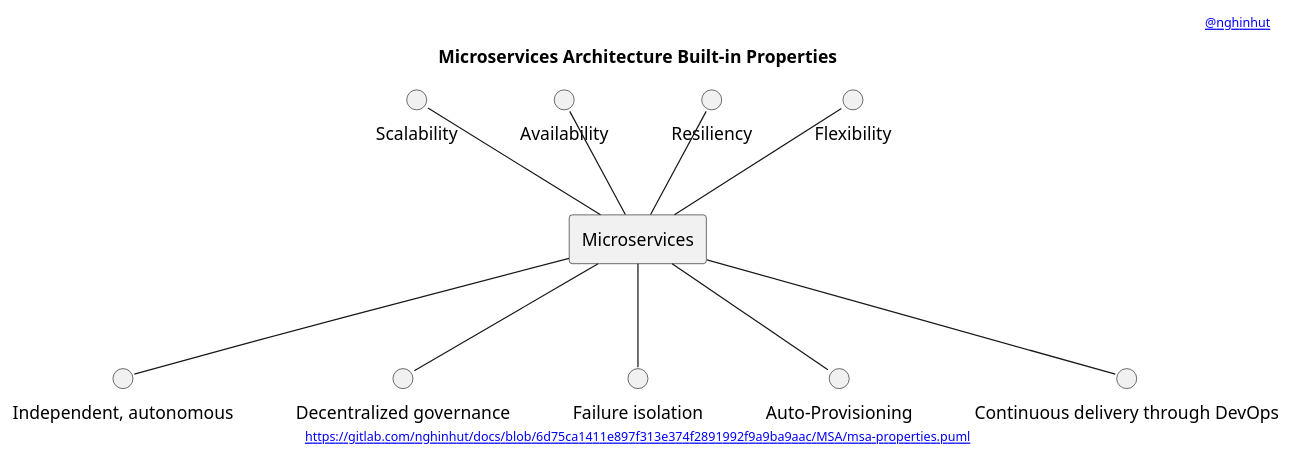
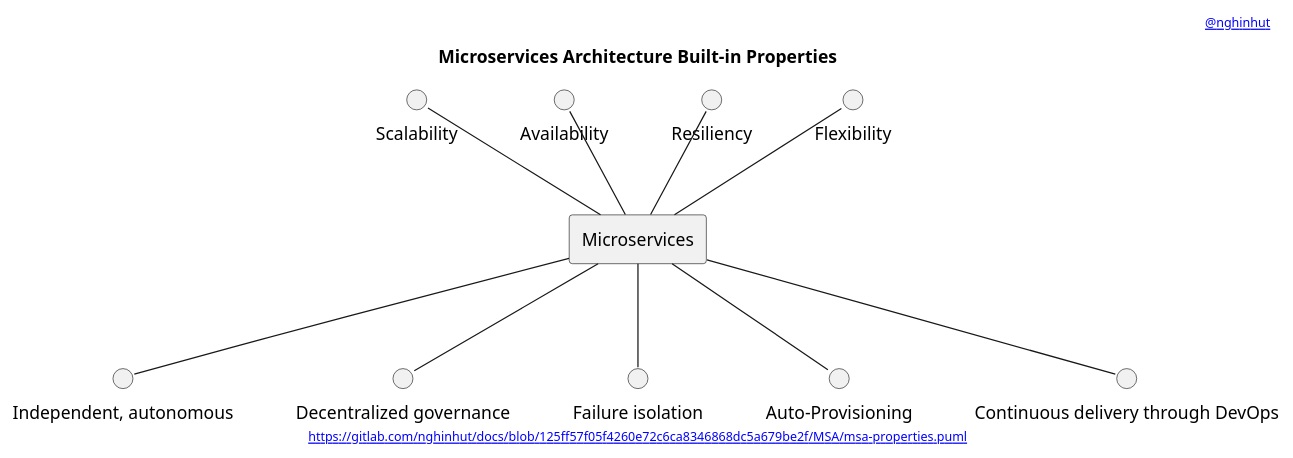
Before and after one commit to nghinhut/docs: the diagram in MSA/msa-properties.puml, drawn with PlantUML. The commit also changed 22 other files, not shown here.

Commit message:
Update diagrams

```diff
--- a/MSA/msa-properties.puml
+++ b/MSA/msa-properties.puml
@@ -1,31 +1,31 @@
 @startuml
 '-----START auto generated metadata please keep comment here to allow auto update-----
 '-----DON'T EDIT THIS SECTION, INSTEAD RE-RUN prebuild.sh TO UPDATE-----
-header [[https://www.nghinhut.dev?from=http%5C%3A%5C%2F%5C%2Fwww%5C.plantuml%5C.com%5C%2Fplantuml%5C%2Fproxy%3Ffmt%3Dsvg%5C%26src%3Dhttps%5C%3A%5C%2F%5C%2Fgitlab%5C.com%5C%2Fnghinhut%5C%2Fdocs%5C%2Fraw%5C%2F6d75ca1411e897f313e374f2891992f9a9ba9aac%5C%2FMSA%5C%2Fmsa-properties%5C.puml%0A @nghinhut]]
-footer [[http://www.plantuml.com/plantuml/proxy?fmt=svg&src=https://gitlab.com/nghinhut/docs/raw/6d75ca1411e897f313e374f2891992f9a9ba9aac/MSA/msa-properties.puml https://gitlab.com/nghinhut/docs/blob/6d75ca1411e897f313e374f2891992f9a9ba9aac/MSA/msa-properties.puml]]
+header [[https://www.nghinhut.dev?from=http%5C%3A%5C%2F%5C%2Fwww%5C.plantuml%5C.com%5C%2Fplantuml%5C%2Fproxy%3Ffmt%3Dsvg%5C%26src%3Dhttps%5C%3A%5C%2F%5C%2Fgitlab%5C.com%5C%2Fnghinhut%5C%2Fdocs%5C%2Fraw%5C%2F125ff57f05f4260e72c6ca8346868dc5a679be2f%5C%2FMSA%5C%2Fmsa-properties%5C.puml%0A @nghinhut]]
+footer [[http://www.plantuml.com/plantuml/proxy?fmt=svg&src=https://gitlab.com/nghinhut/docs/raw/125ff57f05f4260e72c6ca8346868dc5a679be2f/MSA/msa-properties.puml https://gitlab.com/nghinhut/docs/blob/125ff57f05f4260e72c6ca8346868dc5a679be2f/MSA/msa-properties.puml]]
 '-----END auto generated metadata please keep comment here to allow auto update-----
 title Microservices Architecture Built-in Properties
 
 rectangle "Microservices" as msa
 
 circle "Scalability" as scalability
 circle "Availability" as availability
 circle "Resiliency" as resiliency
 circle "Flexibility" as flexibility
 circle "Independent, autonomous" as independent_autonomous
 circle "Decentralized governance" as decentralized_governance
 circle "Failure isolation" as failure_isolation
 circle "Auto-Provisioning" as auto_provisioning
 circle "Continuous delivery through DevOps" as cd
 
 scalability -- msa
 availability -- msa
 resiliency -- msa
 flexibility -- msa
 msa -- independent_autonomous
 msa -- decentralized_governance
 msa -- failure_isolation
 msa -- auto_provisioning
 msa -- cd
 
 @enduml
```
